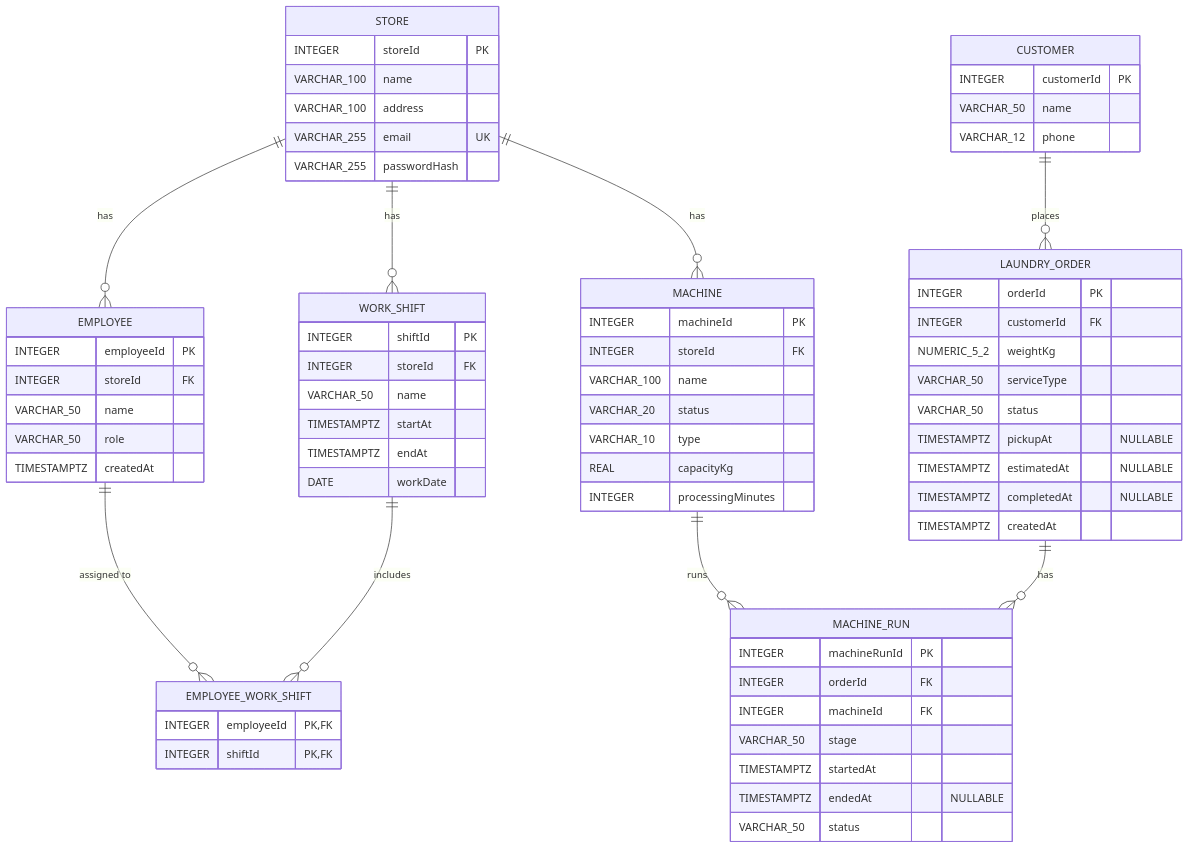
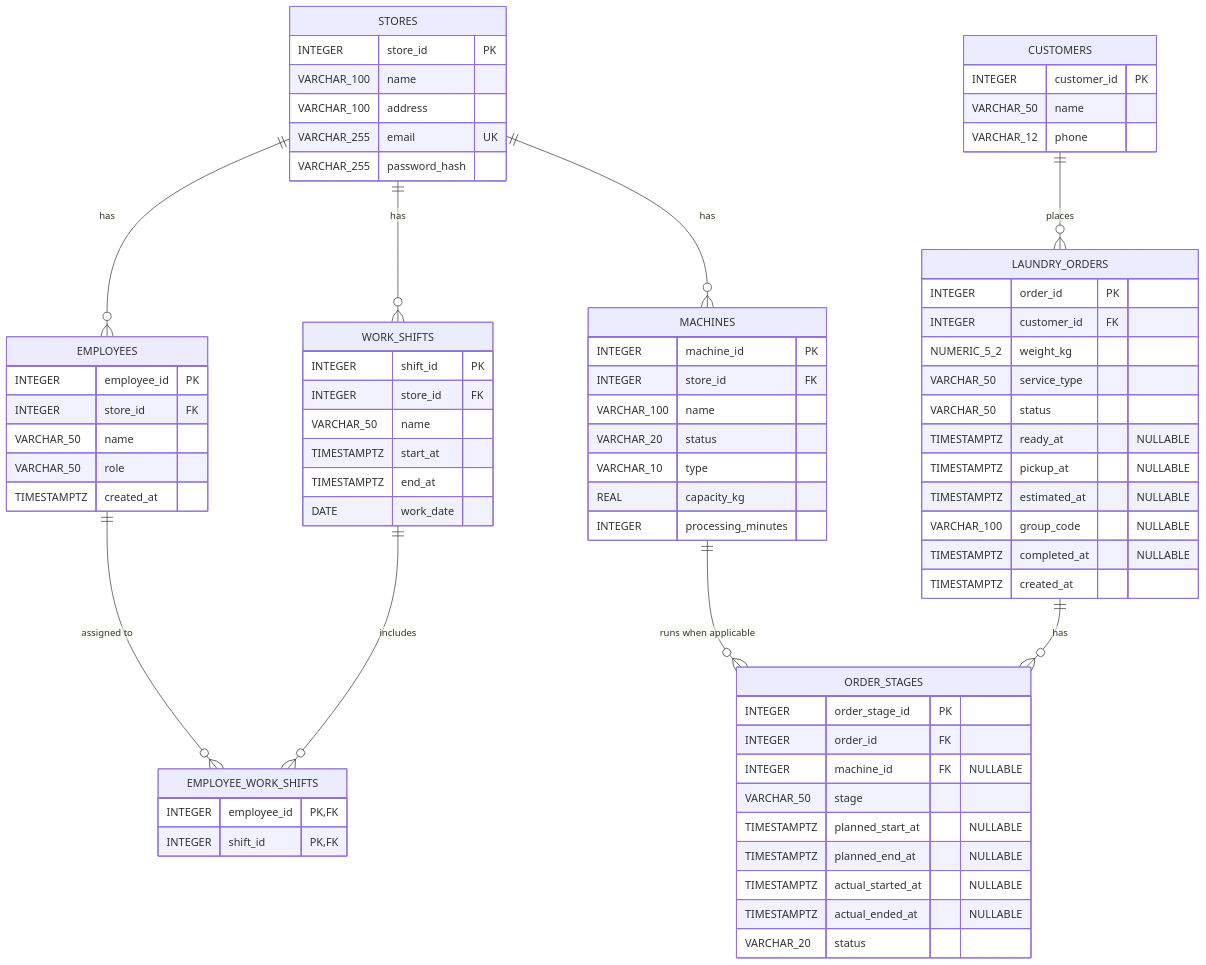
Before and after one commit to Spring-anzuaviv/HCI: the diagram in src/backend/docs/db.md, drawn with Mermaid. The commit also changed other lines of this file and 8 other files, not shown here.

Commit message:
db: change machine_runs to order_stages to track physical ops

```diff
--- a/src/backend/docs/db.md
+++ b/src/backend/docs/db.md
@@ -3,83 +3,87 @@
 ~~~mermaid
 erDiagram
 
-    STORE {
-        INTEGER storeId PK
+    STORES {
+        INTEGER store_id PK
         VARCHAR_100 name
         VARCHAR_100 address
         VARCHAR_255 email UK
-        VARCHAR_255 passwordHash
+        VARCHAR_255 password_hash
     }
 
-    CUSTOMER {
-        INTEGER customerId PK
+    CUSTOMERS {
+        INTEGER customer_id PK
         VARCHAR_50 name
         VARCHAR_12 phone
     }
 
-    EMPLOYEE {
-        INTEGER employeeId PK
-        INTEGER storeId FK
+    EMPLOYEES {
+        INTEGER employee_id PK
+        INTEGER store_id FK
         VARCHAR_50 name
         VARCHAR_50 role
-        TIMESTAMPTZ createdAt
+        TIMESTAMPTZ created_at
     }
 
-    WORK_SHIFT {
-        INTEGER shiftId PK
-        INTEGER storeId FK
+    WORK_SHIFTS {
+        INTEGER shift_id PK
+        INTEGER store_id FK
         VARCHAR_50 name
-        TIMESTAMPTZ startAt
-        TIMESTAMPTZ endAt
-        DATE workDate
+        TIMESTAMPTZ start_at
+        TIMESTAMPTZ end_at
+        DATE work_date
     }
 
-    EMPLOYEE_WORK_SHIFT {
-        INTEGER employeeId PK,FK
-        INTEGER shiftId PK,FK
+    EMPLOYEE_WORK_SHIFTS {
+        INTEGER employee_id PK,FK
+        INTEGER shift_id PK,FK
     }
 
-    MACHINE {
-        INTEGER machineId PK
-        INTEGER storeId FK
+    MACHINES {
+        INTEGER machine_id PK
+        INTEGER store_id FK
         VARCHAR_100 name
         VARCHAR_20 status
         VARCHAR_10 type
-        REAL capacityKg
-        INTEGER processingMinutes
+        REAL capacity_kg
+        INTEGER processing_minutes
     }
 
-    LAUNDRY_ORDER {
-        INTEGER orderId PK
-        INTEGER customerId FK
-        NUMERIC_5_2 weightKg
-        VARCHAR_50 serviceType
+    LAUNDRY_ORDERS {
+        INTEGER order_id PK
+        INTEGER customer_id FK
+        NUMERIC_5_2 weight_kg
+        VARCHAR_50 service_type
         VARCHAR_50 status
-        TIMESTAMPTZ pickupAt "NULLABLE"
-        TIMESTAMPTZ estimatedAt "NULLABLE"
-        TIMESTAMPTZ completedAt "NULLABLE"
-        TIMESTAMPTZ createdAt
+        TIMESTAMPTZ ready_at "NULLABLE"
+        TIMESTAMPTZ pickup_at "NULLABLE"
+        TIMESTAMPTZ estimated_at "NULLABLE"
+        VARCHAR_100 group_code "NULLABLE"
+        TIMESTAMPTZ completed_at "NULLABLE"
+        TIMESTAMPTZ created_at
     }
 
-    MACHINE_RUN {
-        INTEGER machineRunId PK
-        INTEGER orderId FK
-        INTEGER machineId FK
+    ORDER_STAGES {
+        INTEGER order_stage_id PK
+        INTEGER order_id FK
+        INTEGER machine_id FK "NULLABLE"
         VARCHAR_50 stage
-        TIMESTAMPTZ startedAt
-        TIMESTAMPTZ endedAt "NULLABLE"
-        VARCHAR_50 status
+        TIMESTAMPTZ planned_start_at "NULLABLE"
+        TIMESTAMPTZ planned_end_at "NULLABLE"
+        TIMESTAMPTZ actual_started_at "NULLABLE"
+        TIMESTAMPTZ actual_ended_at "NULLABLE"
+        VARCHAR_20 status
     }
 
-    STORE ||--o{ EMPLOYEE : "has"
-    STORE ||--o{ WORK_SHIFT : "has"
-    STORE ||--o{ MACHINE : "has"
+    STORES ||--o{ EMPLOYEES : "has"
+    STORES ||--o{ WORK_SHIFTS : "has"
+    STORES ||--o{ MACHINES : "has"
 
-    EMPLOYEE ||--o{ EMPLOYEE_WORK_SHIFT : "assigned to"
-    WORK_SHIFT ||--o{ EMPLOYEE_WORK_SHIFT : "includes"
+    EMPLOYEES ||--o{ EMPLOYEE_WORK_SHIFTS : "assigned to"
+    WORK_SHIFTS ||--o{ EMPLOYEE_WORK_SHIFTS : "includes"
 
-    CUSTOMER ||--o{ LAUNDRY_ORDER : "places"
+    CUSTOMERS ||--o{ LAUNDRY_ORDERS : "places"
 
-    LAUNDRY_ORDER ||--o{ MACHINE_RUN : "has"
-    MACHINE ||--o{ MACHINE_RUN : "runs"
+    LAUNDRY_ORDERS ||--o{ ORDER_STAGES : "has"
+    MACHINES ||--o{ ORDER_STAGES : "runs when applicable"
 ~~~
```
